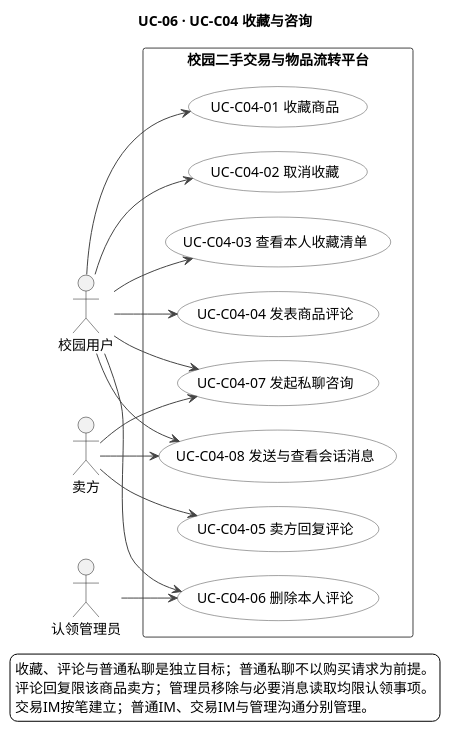
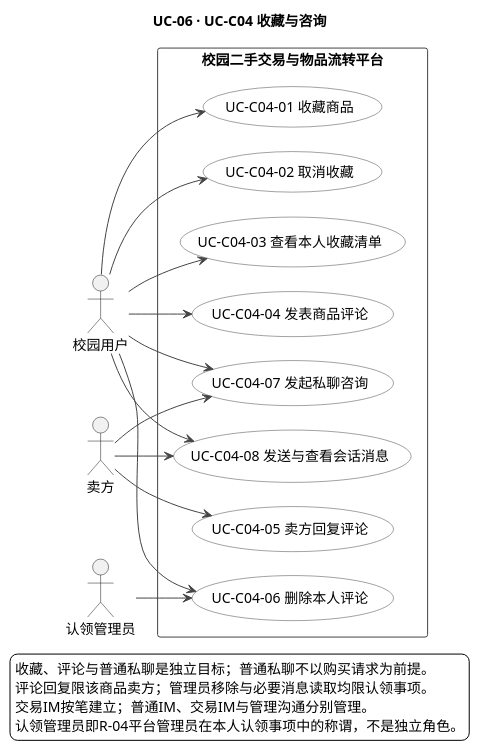
One commit to iy88/se-course-project-1 changed the diagram in docs/appendices/models/UC-06-收藏与咨询用例图.puml. Above: the diagram before and after it, drawn with PlantUML. The commit also changed 14 other files, not shown here.

```diff
--- a/docs/appendices/models/UC-06-收藏与咨询用例图.puml
+++ b/docs/appendices/models/UC-06-收藏与咨询用例图.puml
@@ -1,86 +1,87 @@
 @startuml
-' Version: 0.1.0
-' Version-Datetime: 2026-10-26T12:37:57+08:00
+' Version: 0.1.1
+' Version-Datetime: 2026-10-29T14:58:36+08:00
 title UC-06 · UC-C04 收藏与咨询
 
 skinparam backgroundColor #FFFFFF
 skinparam defaultFontName "PingFang SC"
 skinparam shadowing false
 skinparam nodesep 24
 skinparam ranksep 38
 skinparam usecase {
   BackgroundColor #FFFFFF
   BorderColor #444444
 }
 skinparam rectangle {
   BackgroundColor #FFFFFF
   BorderColor #444444
 }
 skinparam ArrowColor #444444
 skinparam noteBackgroundColor #FFFFFF
 left to right direction
 
 actor 校园用户 as CampusUser
 actor 卖方 as Seller
 actor 认领管理员 as ClaimAdmin
 
 rectangle "校园二手交易与物品流转平台" {
   usecase (UC-C04-01 收藏商品) as C0401
   usecase (UC-C04-02 取消收藏) as C0402
   usecase (UC-C04-03 查看本人收藏清单) as C0403
   usecase (UC-C04-04 发表商品评论) as C0404
   usecase (UC-C04-05 卖方回复评论) as C0405
   usecase (UC-C04-06 删除本人评论) as C0406
   usecase (UC-C04-07 发起私聊咨询) as C0407
   usecase (UC-C04-08 发送与查看会话消息) as C0408
 }
 
 CampusUser --> C0401
 CampusUser --> C0402
 CampusUser --> C0403
 CampusUser --> C0404
 Seller --> C0405
 CampusUser --> C0406
 ClaimAdmin --> C0406
 CampusUser --> C0407
 Seller --> C0407
 CampusUser --> C0408
 Seller --> C0408
 
 ' note right of C0406
 '   作者可删除本人评论；认领管理员仅限本人认领
 '   事项移除违规评论并保留理由（BR-17、BR-34）。
 '   两条路径权限不同，不互相替代。
 ' end note
 
 ' note bottom of C0404
 '   商品公开可交易或交易中可评论；已下架或撤销
 '   公开访问禁止新增评论或回复；卖方仅回复买方，
 '   其他买方不能代回复。
 ' end note
 
 ' note bottom of C0407
 '   从个人页等入口发起，不以商品状态或购买请求
 '   为前提；不得向本人发起；同一对用户复用普通
 '   私聊（BR-18）。
 ' end note
 
 ' note bottom of C0408
 '   普通私聊、逐笔交易分支、管理处置沟通单三类
 '   渠道分离；仅将会话或分支已展示消息标读，进入
 '   列表、其他分支或通知中心不代标读（BR-18）。
 ' end note
 
 ' note bottom of C0401
 '   封禁期间收藏只读；交易中商品退出搜索但收藏
 '   项保持有效；失效仅提示“已失效”，不泄露内容。
 ' end note
 
 ' 收藏、评论、私聊、交易分支消息为独立目标；
 ' 交易分支由请求建立，不以 C04-07 为前置，故不设 include。
 legend bottom
 收藏、评论与普通私聊是独立目标；普通私聊不以购买请求为前提。
 评论回复限该商品卖方；管理员移除与必要消息读取均限认领事项。
 交易IM按笔建立；普通IM、交易IM与管理沟通分别管理。
+认领管理员即R-04平台管理员在本人认领事项中的称谓，不是独立角色。
 endlegend
 @enduml
```
